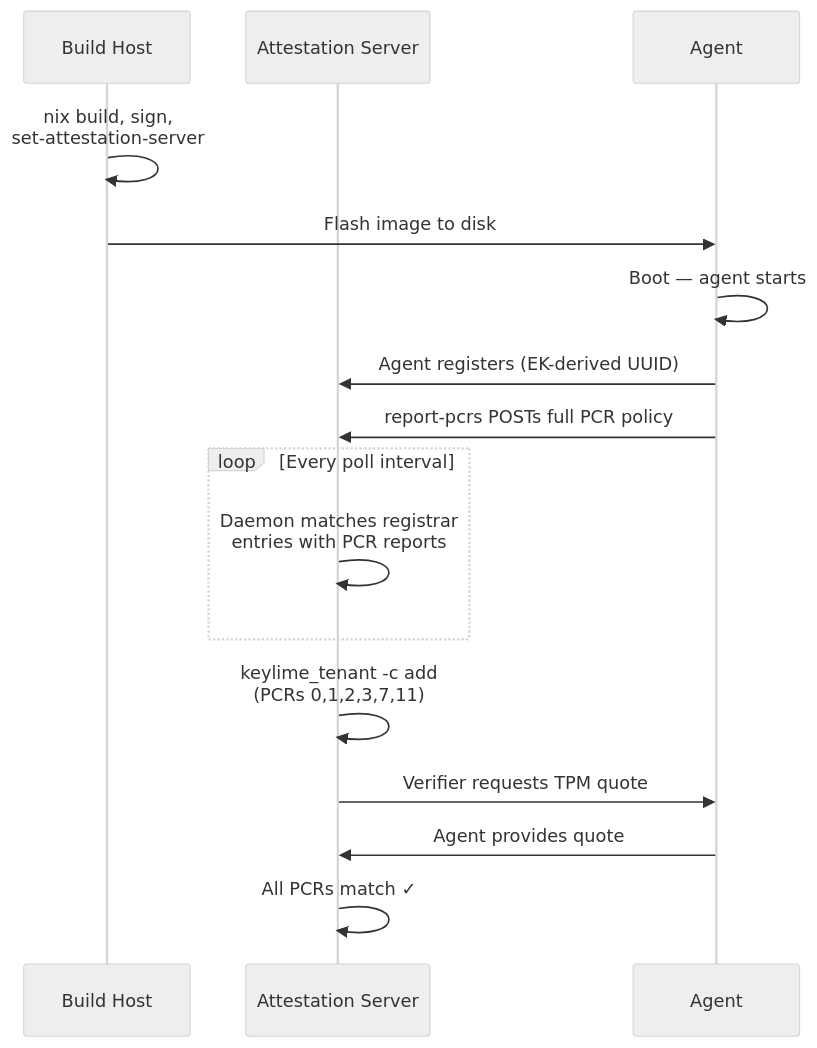
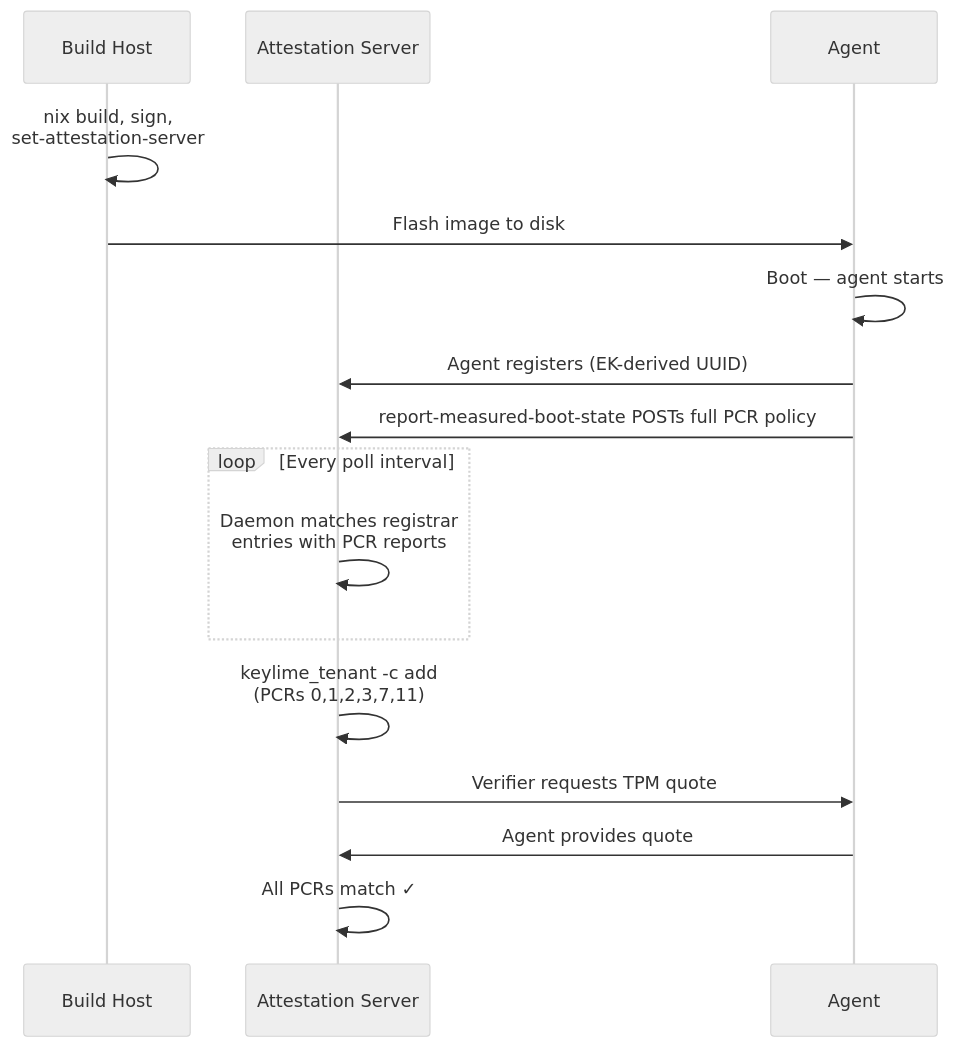
The diagram in docs/user-guide.md (phaer/nixos-android-builder), drawn with Mermaid before and after one commit. The commit also changed other lines of this file and 21 other files, not shown here.

First line of the commit message:
extract measured-boot-library with libefivar support

```diff
--- a/docs/user-guide.md
+++ b/docs/user-guide.md
@@ -185,27 +185,27 @@
 ~~~mermaid
 ---
 config:
   theme: neutral
 ---
 sequenceDiagram
     participant B as Build Host
     participant S as Attestation Server
     participant A as Agent
 
     B->>B: nix build, sign,<br/>set-attestation-server
     B->>A: Flash image to disk
 
     A->>A: Boot — agent starts
     A->>S: Agent registers (EK-derived UUID)
-    A->>S: report-pcrs POSTs full PCR policy
+    A->>S: report-measured-boot-state POSTs full PCR policy
 
     loop Every poll interval
         S->>S: Daemon matches registrar<br/>entries with PCR reports
     end
 
     S->>S: keylime_tenant -c add<br/>(PCRs 0,1,2,3,7,11)
 
     S->>A: Verifier requests TPM quote
     A->>S: Agent provides quote
     S->>S: All PCRs match ✓
 ~~~
```
